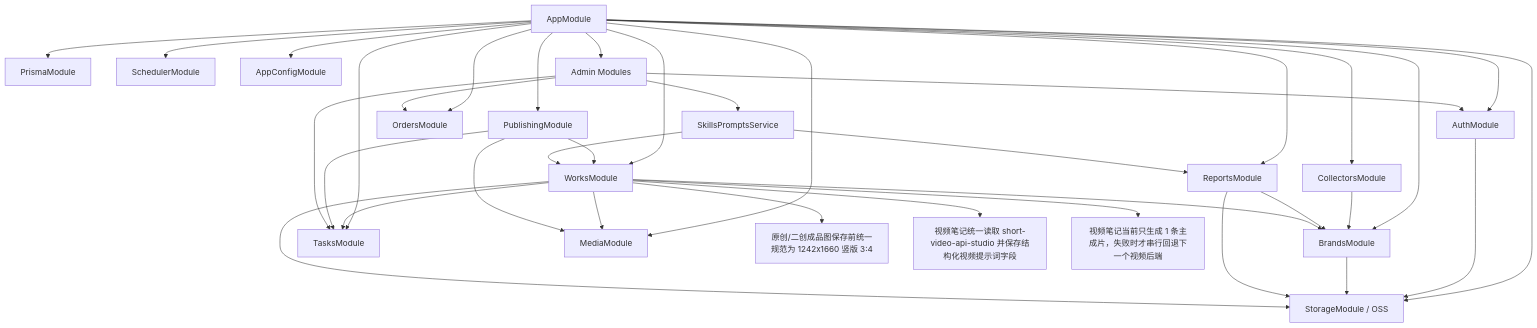
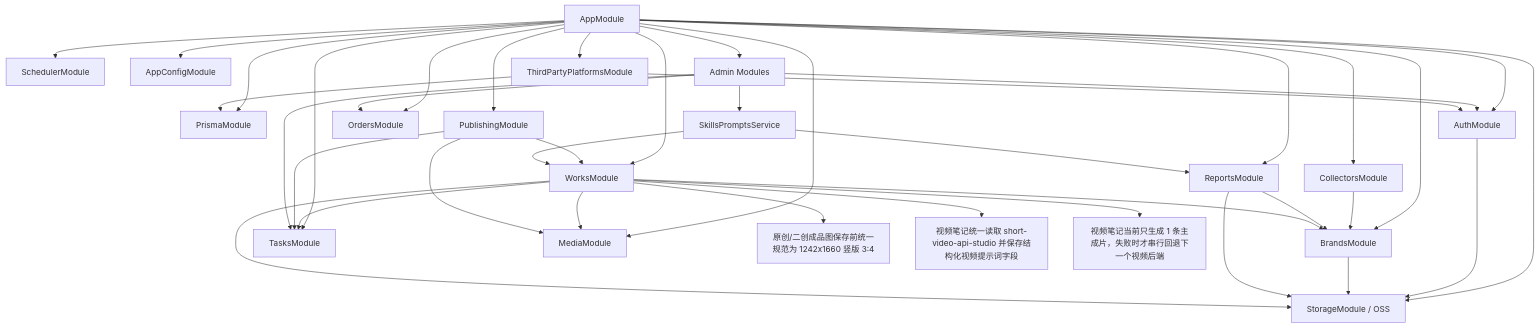
One commit to Depthukesh/ai-omni-ops-system changed the tenth of 12 diagrams in docs/site-map-mermaid.md. Above: the diagram before and after it, drawn with Mermaid. The commit also changed other lines of this file and 17 other files, not shown here.

Commit message:
feat: add third-party platform config center

````diff
--- a/docs/site-map-mermaid.md
+++ b/docs/site-map-mermaid.md
@@ -475,41 +478,44 @@
 ```mermaid
 flowchart TD
     App["AppModule"]
     App --> Infra1["PrismaModule"]
     App --> Infra2["SchedulerModule"]
     App --> Infra3["AppConfigModule"]
     App --> Infra4["StorageModule / OSS"]
 
     App --> M1["AuthModule"]
     App --> M2["BrandsModule"]
     App --> M3["CollectorsModule"]
     App --> M4["ReportsModule"]
     App --> M5["WorksModule"]
     App --> M6["PublishingModule"]
     App --> M7["TasksModule"]
     App --> M8["MediaModule"]
     App --> M9["OrdersModule"]
     App --> M10["Admin Modules"]
+    App --> M12["ThirdPartyPlatformsModule"]
 
     M1 --> Infra4
     M2 --> Infra4
     M3 --> M2
     M4 --> M2
     M4 --> Infra4
     M5 --> M2
     M5 --> M7
     M5 --> M8
     M5 --> Infra4
     M5 --> M51["原创/二创成品图保存前统一规范为 1242x1660 竖版 3:4"]
     M5 --> M52["视频笔记统一读取 short-video-api-studio 并保存结构化视频提示词字段"]
     M5 --> M53["视频笔记当前只生成 1 条主成片，失败时才串行回退下一个视频后端"]
     M6 --> M5
     M6 --> M7
     M6 --> M8
     M10 --> M9
     M10 --> M1
     M10 --> M7
     M10 --> M11["SkillsPromptsService"]
     M11 --> M4
     M11 --> M5
+    M12 --> M1
+    M12 --> Infra1
 ```
````
